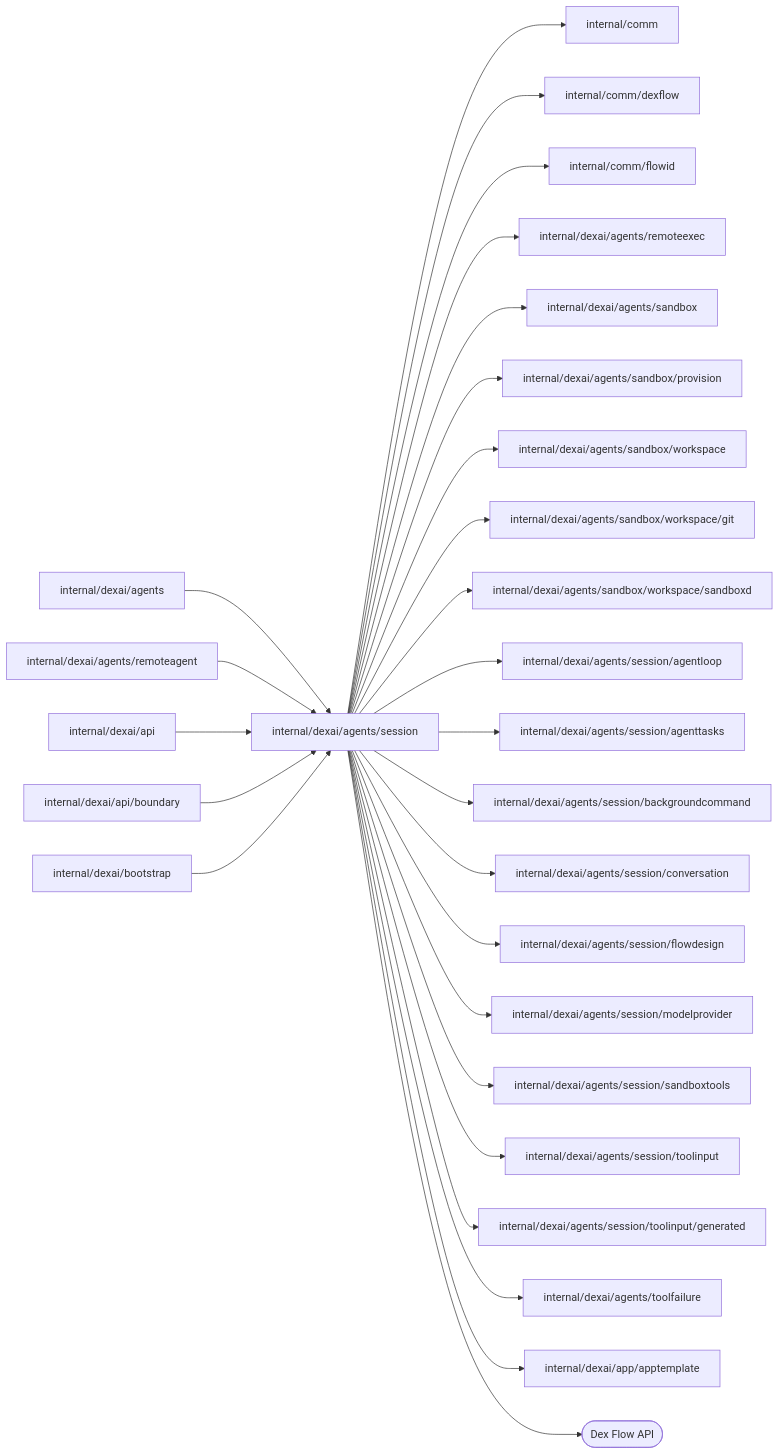
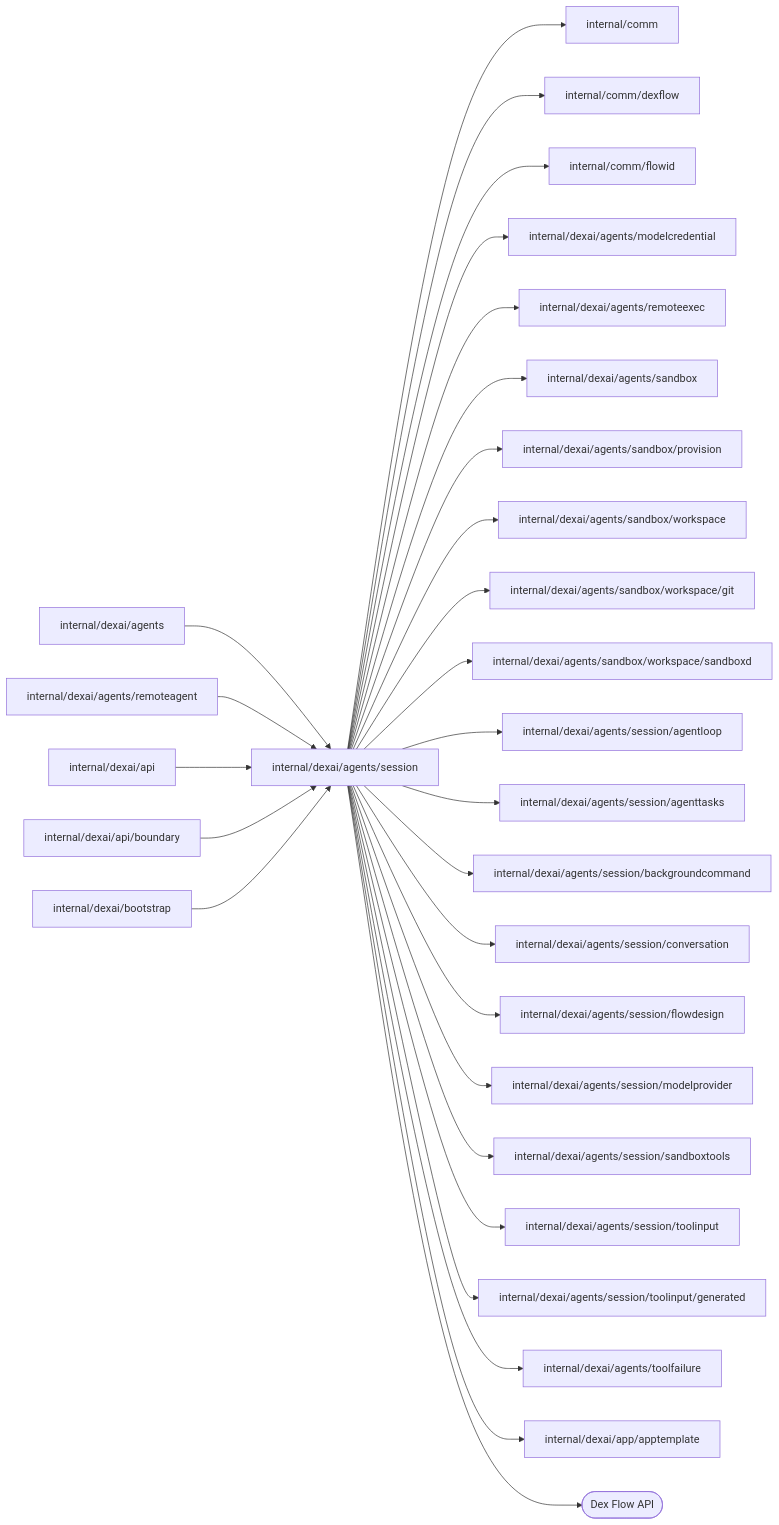
Before and after one commit to superdurable/superverse: the diagram in internal/dexai/agents/session/README.md, drawn with Mermaid. The commit also changed other lines of this file and 112 other files, not shown here.

````diff
--- a/internal/dexai/agents/session/README.md
+++ b/internal/dexai/agents/session/README.md
@@ -10,30 +10,31 @@
 ```mermaid
 flowchart LR
   self["internal/dexai/agents/session"]
   c0["internal/dexai/agents"] --> self
   c1["internal/dexai/agents/remoteagent"] --> self
   c2["internal/dexai/api"] --> self
   c3["internal/dexai/api/boundary"] --> self
   c4["internal/dexai/bootstrap"] --> self
   self --> d0["internal/comm"]
   self --> d1["internal/comm/dexflow"]
   self --> d2["internal/comm/flowid"]
-  self --> d3["internal/dexai/agents/remoteexec"]
-  self --> d4["internal/dexai/agents/sandbox"]
-  self --> d5["internal/dexai/agents/sandbox/provision"]
-  self --> d6["internal/dexai/agents/sandbox/workspace"]
-  self --> d7["internal/dexai/agents/sandbox/workspace/git"]
-  self --> d8["internal/dexai/agents/sandbox/workspace/sandboxd"]
-  self --> d9["internal/dexai/agents/session/agentloop"]
-  self --> d10["internal/dexai/agents/session/agenttasks"]
-  self --> d11["internal/dexai/agents/session/backgroundcommand"]
-  self --> d12["internal/dexai/agents/session/conversation"]
-  self --> d13["internal/dexai/agents/session/flowdesign"]
-  self --> d14["internal/dexai/agents/session/modelprovider"]
-  self --> d15["internal/dexai/agents/session/sandboxtools"]
-  self --> d16["internal/dexai/agents/session/toolinput"]
-  self --> d17["internal/dexai/agents/session/toolinput/generated"]
-  self --> d18["internal/dexai/agents/toolfailure"]
-  self --> d19["internal/dexai/app/apptemplate"]
+  self --> d3["internal/dexai/agents/modelcredential"]
+  self --> d4["internal/dexai/agents/remoteexec"]
+  self --> d5["internal/dexai/agents/sandbox"]
+  self --> d6["internal/dexai/agents/sandbox/provision"]
+  self --> d7["internal/dexai/agents/sandbox/workspace"]
+  self --> d8["internal/dexai/agents/sandbox/workspace/git"]
+  self --> d9["internal/dexai/agents/sandbox/workspace/sandboxd"]
+  self --> d10["internal/dexai/agents/session/agentloop"]
+  self --> d11["internal/dexai/agents/session/agenttasks"]
+  self --> d12["internal/dexai/agents/session/backgroundcommand"]
+  self --> d13["internal/dexai/agents/session/conversation"]
+  self --> d14["internal/dexai/agents/session/flowdesign"]
+  self --> d15["internal/dexai/agents/session/modelprovider"]
+  self --> d16["internal/dexai/agents/session/sandboxtools"]
+  self --> d17["internal/dexai/agents/session/toolinput"]
+  self --> d18["internal/dexai/agents/session/toolinput/generated"]
+  self --> d19["internal/dexai/agents/toolfailure"]
+  self --> d20["internal/dexai/app/apptemplate"]
   self --> e0(["Dex Flow API"])
 ```
````
